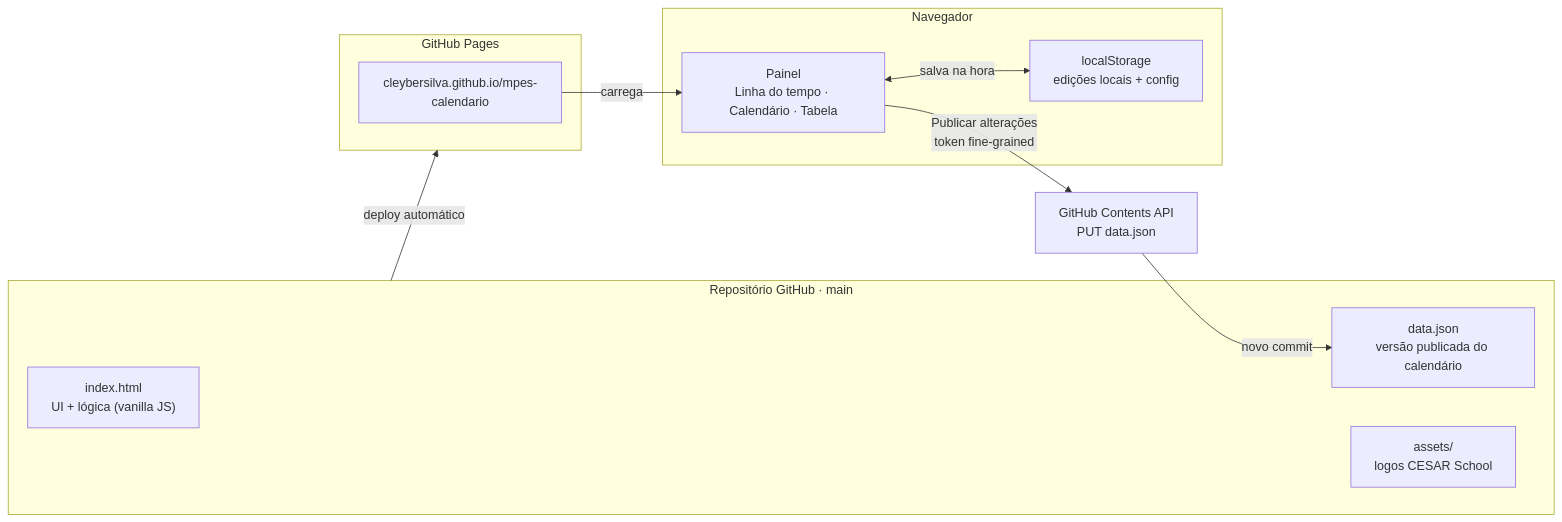
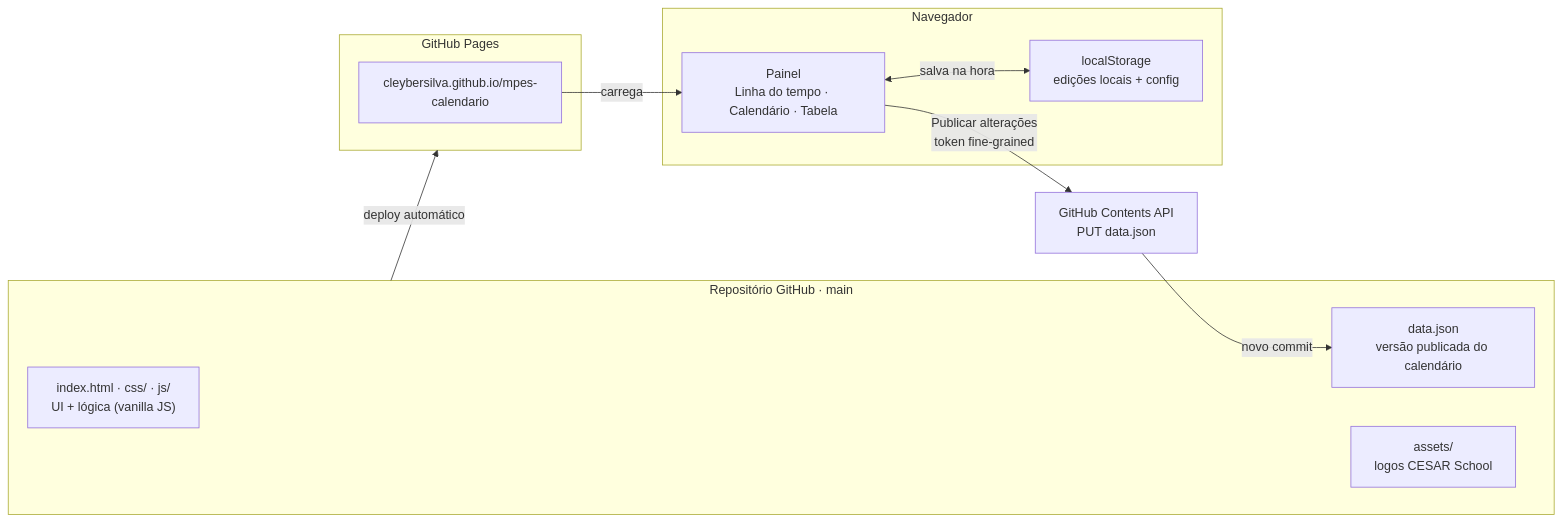
The diagram in README.md (cleybersilva/mpes-calendario), drawn with Mermaid before and after one commit. The commit also changed other lines of this file and 9 other files, not shown here.

````diff
--- a/README.md
+++ b/README.md
@@ -58,25 +58,25 @@
 ```mermaid
 flowchart LR
     subgraph REPO["Repositório GitHub · main"]
-        H["index.html<br/>UI + lógica (vanilla JS)"]
+        H["index.html · css/ · js/<br/>UI + lógica (vanilla JS)"]
         D["data.json<br/>versão publicada do calendário"]
         A["assets/<br/>logos CESAR School"]
     end
 
     subgraph PAGES["GitHub Pages"]
         P["cleybersilva.github.io/mpes-calendario"]
     end
 
     subgraph NAV["Navegador"]
         UI["Painel<br/>Linha do tempo · Calendário · Tabela"]
         LS["localStorage<br/>edições locais + config"]
     end
 
     API["GitHub Contents API<br/>PUT data.json"]
 
     REPO -->|deploy automático| PAGES
     P -->|carrega| UI
     UI <-->|salva na hora| LS
     UI -->|Publicar alterações<br/>token fine-grained| API
     API -->|novo commit| D
 ```
````
